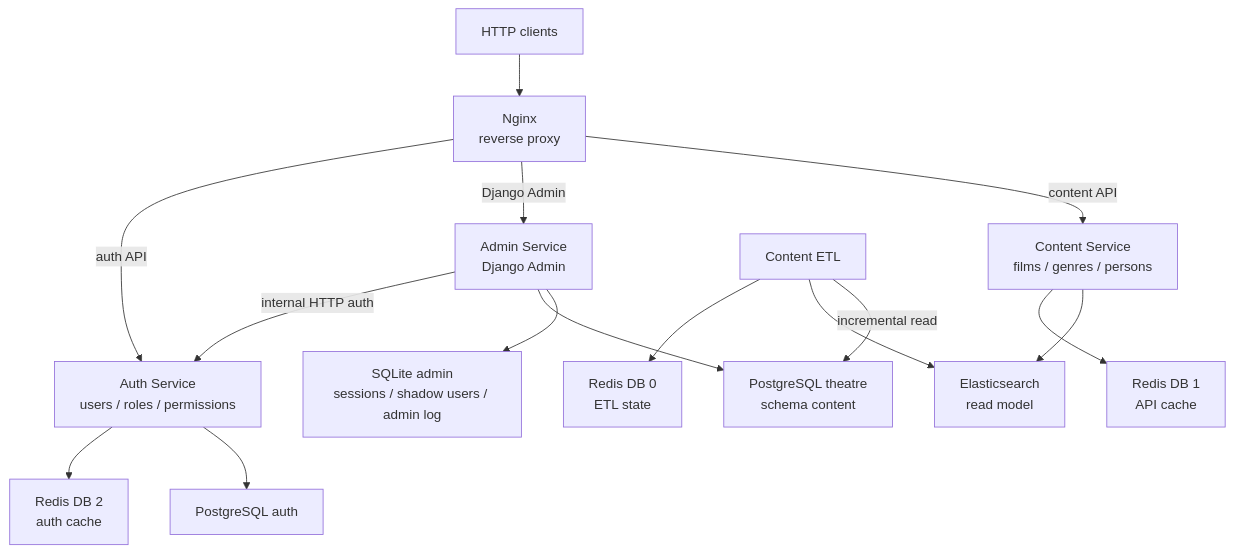
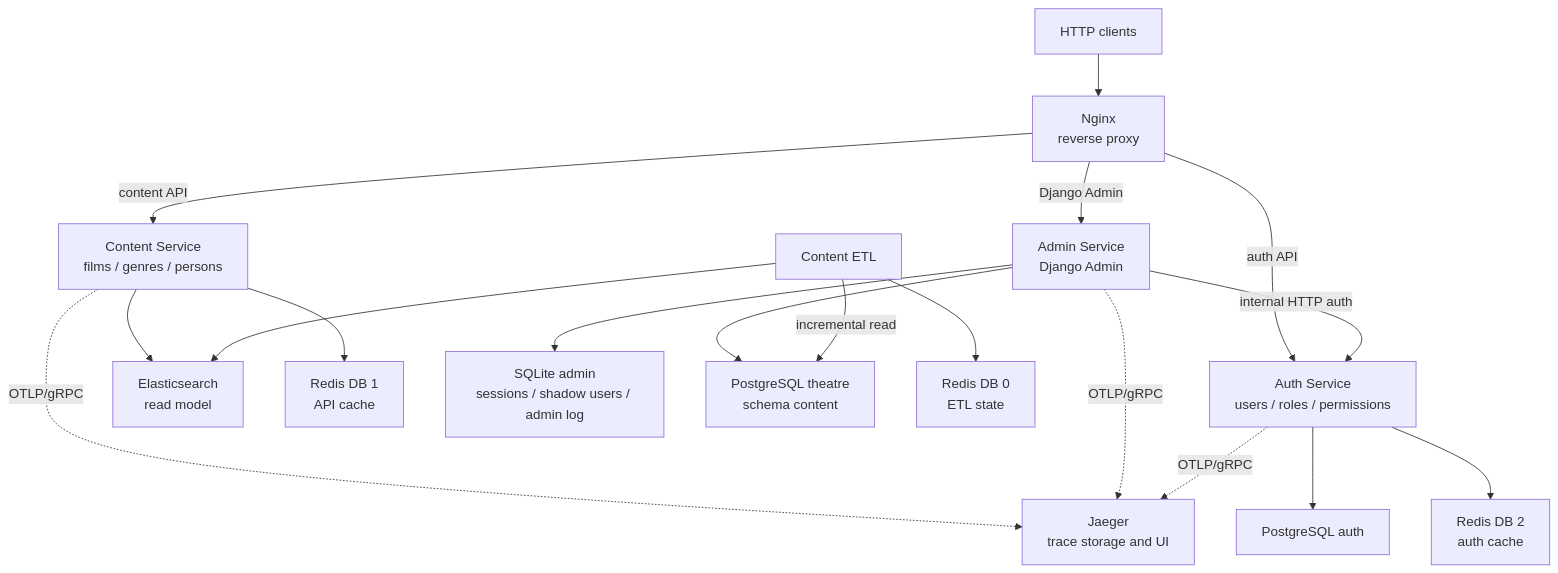
The diagram in README.md (la3van/movies_async_api), drawn with Mermaid before and after one commit. The commit also changed other lines of this file and 32 other files, not shown here.

````diff
--- a/README.md
+++ b/README.md
@@ -17,41 +18,47 @@
 ```mermaid
 flowchart TB
     clients["HTTP clients"]
     nginx["Nginx<br/>reverse proxy"]
 
     content["Content Service<br/>films / genres / persons"]
     admin["Admin Service<br/>Django Admin"]
     auth["Auth Service<br/>users / roles / permissions"]
 
     elasticsearch["Elasticsearch<br/>read model"]
     redis_content["Redis DB 1<br/>API cache"]
 
     sqlite["SQLite admin<br/>sessions / shadow users / admin log"]
     theatre["PostgreSQL theatre<br/>schema content"]
 
     auth_postgres["PostgreSQL auth"]
     redis_auth["Redis DB 2<br/>auth cache"]
 
     etl["Content ETL"]
     redis_etl["Redis DB 0<br/>ETL state"]
 
+    jaeger["Jaeger<br/>trace storage and UI"]
+
     clients --> nginx
 
     nginx -->|content API| content
     nginx -->|Django Admin| admin
     nginx -->|auth API| auth
 
     content --> elasticsearch
     content --> redis_content
 
     admin --> sqlite
     admin --> theatre
     admin -->|internal HTTP auth| auth
 
     auth --> auth_postgres
     auth --> redis_auth
 
+    content -. OTLP/gRPC .-> jaeger
+    admin -. OTLP/gRPC .-> jaeger
+    auth -. OTLP/gRPC .-> jaeger
+
     etl -->|incremental read| theatre
     etl --> elasticsearch
     etl --> redis_etl
 ```
````
